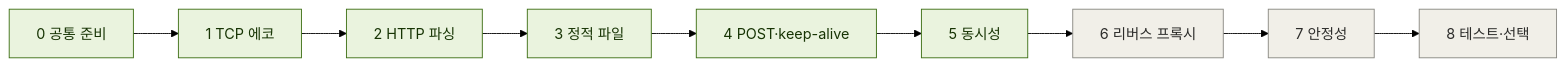
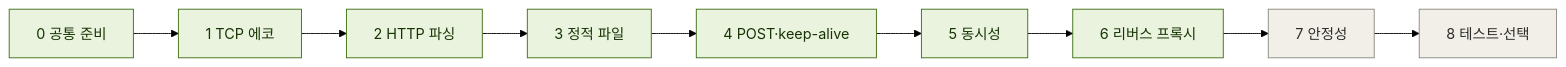
One commit to hnjee/mini-webserver changed the diagram in docs/progress.md. Above: the diagram before and after it, drawn with Mermaid (forest theme). The commit also changed other lines of this file and 29 other files, not shown here.

````diff
--- a/docs/progress.md
+++ b/docs/progress.md
@@ -7,13 +7,13 @@
 ```mermaid
 flowchart LR
     S0["0 공통 준비"] --> S1["1 TCP 에코"] --> S2["2 HTTP 파싱"] --> S3["3 정적 파일"] --> S4["4 POST·keep-alive"]
     S4 --> S5["5 동시성"] --> S6["6 리버스 프록시"] --> S7["7 안정성"] --> S8["8 테스트·선택"]
 
     classDef todo fill:#F1EFE8,stroke:#888780,color:#2C2C2A
     classDef doing fill:#E6F1FB,stroke:#185FA5,color:#042C53
     classDef done fill:#EAF3DE,stroke:#3B6D11,color:#173404
     classDef blocked fill:#FCEBEB,stroke:#A32D2D,color:#501313
     class S0,S1,S2,S3 done
-    class S4,S5 done
-    class S6,S7,S8 todo
+    class S4,S5,S6 done
+    class S7,S8 todo
 ```
````
